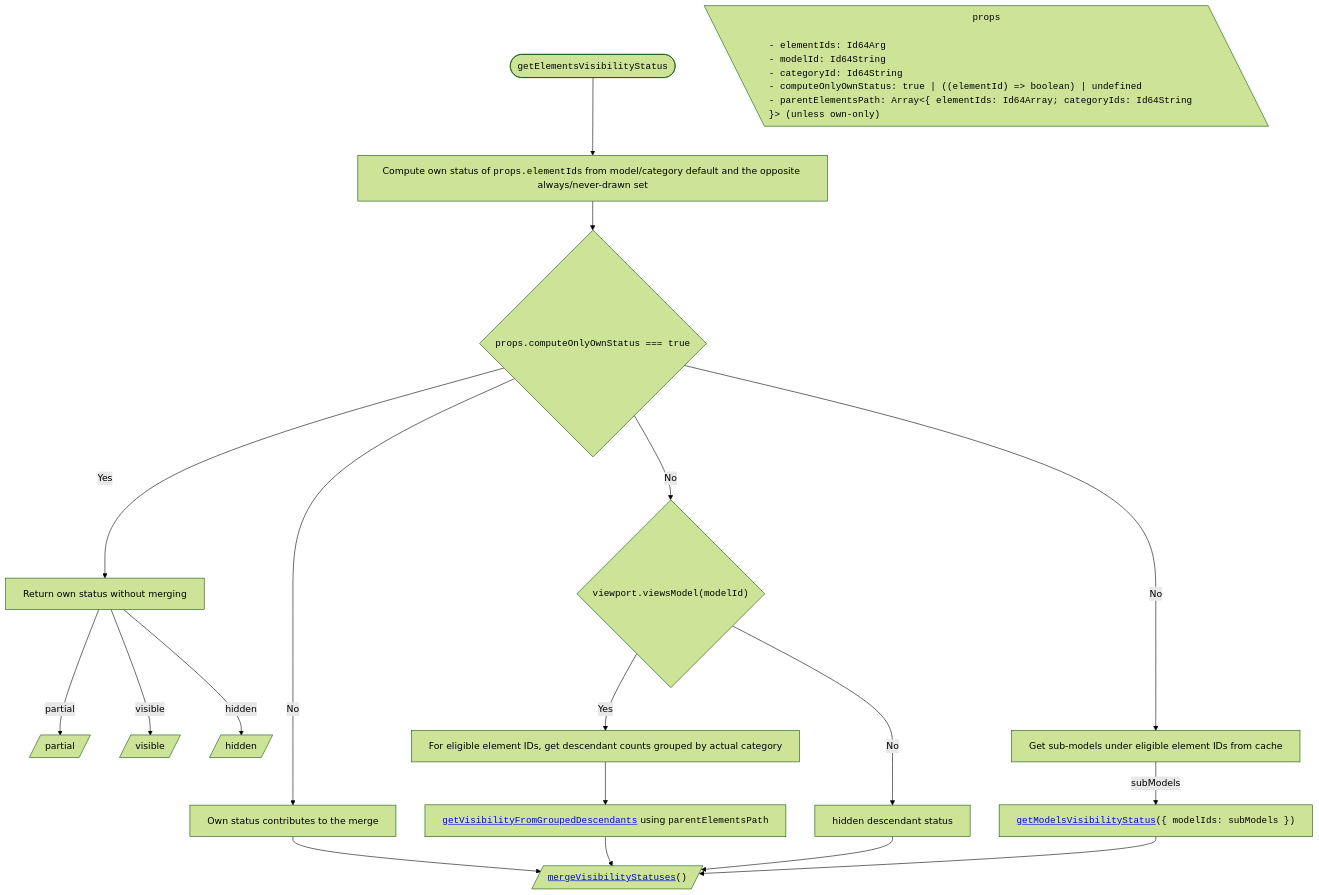
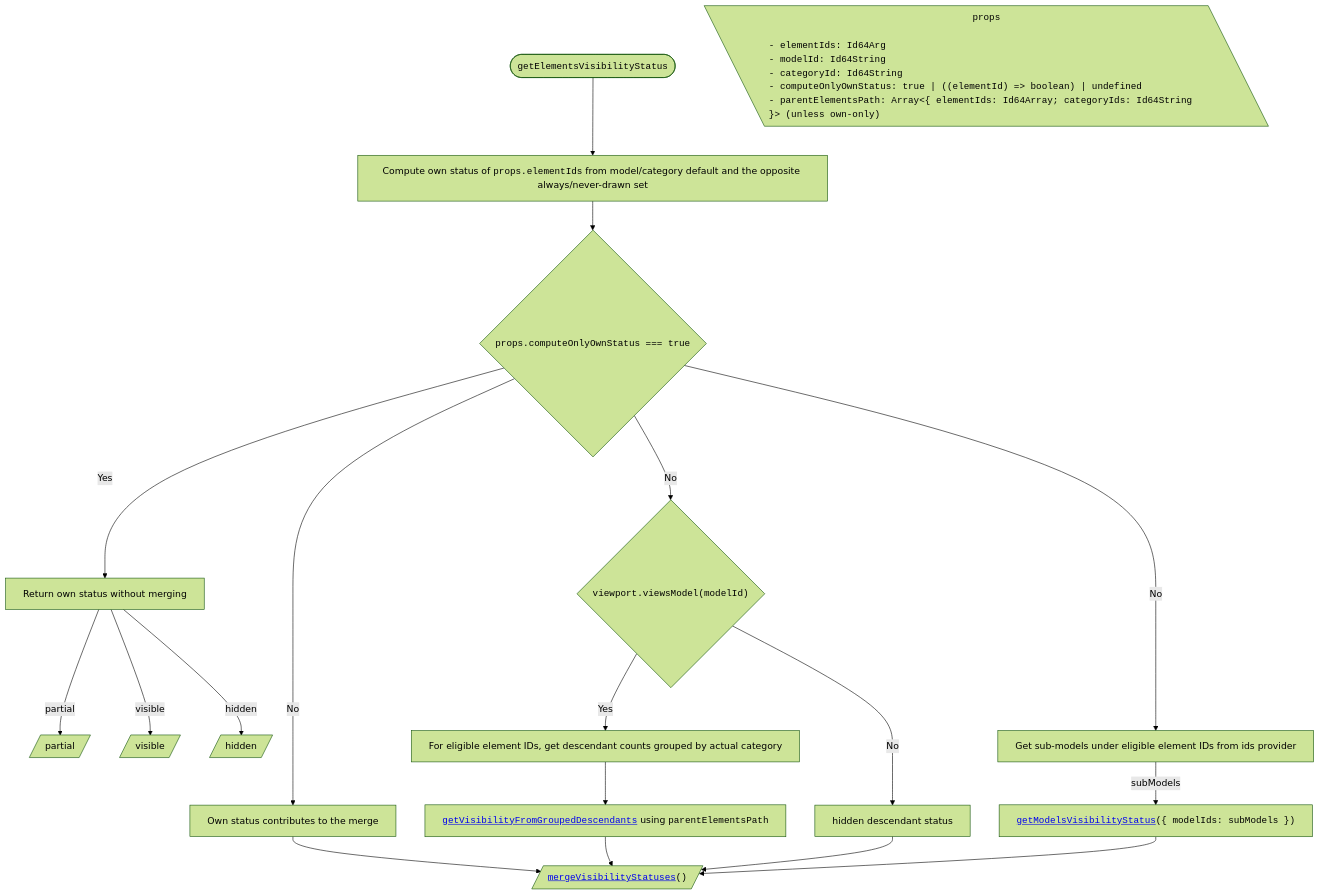
One commit to iTwin/viewer-components-react changed the sixth of 17 diagrams in packages/tree-widget/docs/SharedVisibilityHandling.md. Above: the diagram before and after it, drawn with Mermaid (forest theme). The commit also changed other lines of this file and 72 other files, not shown here.

````diff
--- a/packages/tree-widget/docs/SharedVisibilityHandling.md
+++ b/packages/tree-widget/docs/SharedVisibilityHandling.md
@@ -245,39 +245,39 @@
 ```mermaid
 ---
 config:
   flowchart:
     wrappingWidth: 750
     useMaxWidth: false
 ---
 
 flowchart TD
   RESULT_Partial[/partial/]
   RESULT_Visible[/visible/]
   RESULT_Hidden[/hidden/]
 
   %% Start
   TITLE(["<span style='font-family: monospace;'>getElementsVisibilityStatus</span>"]) --> A["Compute own status of <span style='font-family: monospace;'>props.elementIds</span> from model/category default and the opposite always/never-drawn set"]
   A --> B{"<span style='font-family: monospace;'>props.computeOnlyOwnStatus === true</span>"}
 
   PROPS[\"
     <span style='font-family: monospace;'>props</span>
     <span style='display: block; text-align: left; font-family: monospace;'>- elementIds: Id64Arg<br/>- modelId: Id64String<br/>- categoryId: Id64String<br/>- computeOnlyOwnStatus: true | ((elementId) => boolean) | undefined<br/>- parentElementsPath: Array&lt;{ elementIds: Id64Array; categoryIds: Id64String }&gt; (unless own-only)</span>
   "\]
 
   B -- Yes --> E["Return own status without merging"]
   E -- partial --> RESULT_Partial
   E -- visible --> RESULT_Visible
   E -- hidden --> RESULT_Hidden
   B -- No --> C0{"<span style='font-family: monospace;'>viewport.viewsModel(modelId)</span>"}
   C0 -- No --> C2[hidden descendant status]
   C0 -- Yes --> C["For eligible element IDs, get descendant counts grouped by actual category"]
   C --> C1["<span style='font-family: monospace;'><a href='#grouped-descendant-visibility'>getVisibilityFromGroupedDescendants</a></span> using <span style='font-family: monospace;'>parentElementsPath</span>"]
-  B -- No --> D["Get sub-models under eligible element IDs from cache"]
+  B -- No --> D["Get sub-models under eligible element IDs from ids provider"]
   D -- subModels --> D1["<span style='font-family: monospace;'><a href='#getmodelsvisibilitystatus'>getModelsVisibilityStatus</a>({ modelIds: subModels })</span>"]
 
   B -- No --> A2["Own status contributes to the merge"]
   A2 --> M[/"<span style='font-family: monospace;'><a href='#mergevisibilitystatuses'>mergeVisibilityStatuses</a>()</span>"/]
   C1 --> M
   C2 --> M
   D1 --> M
 ```
````
